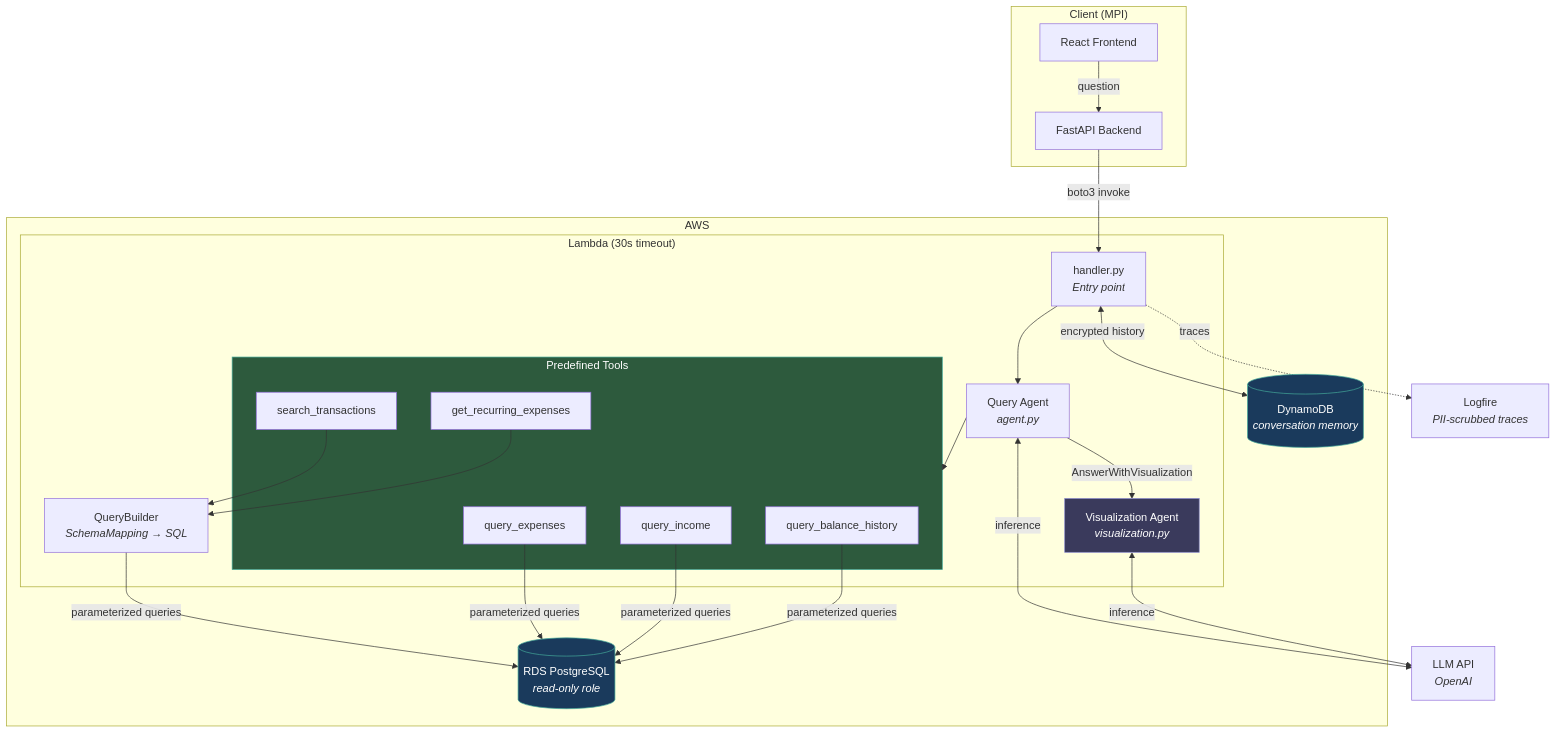
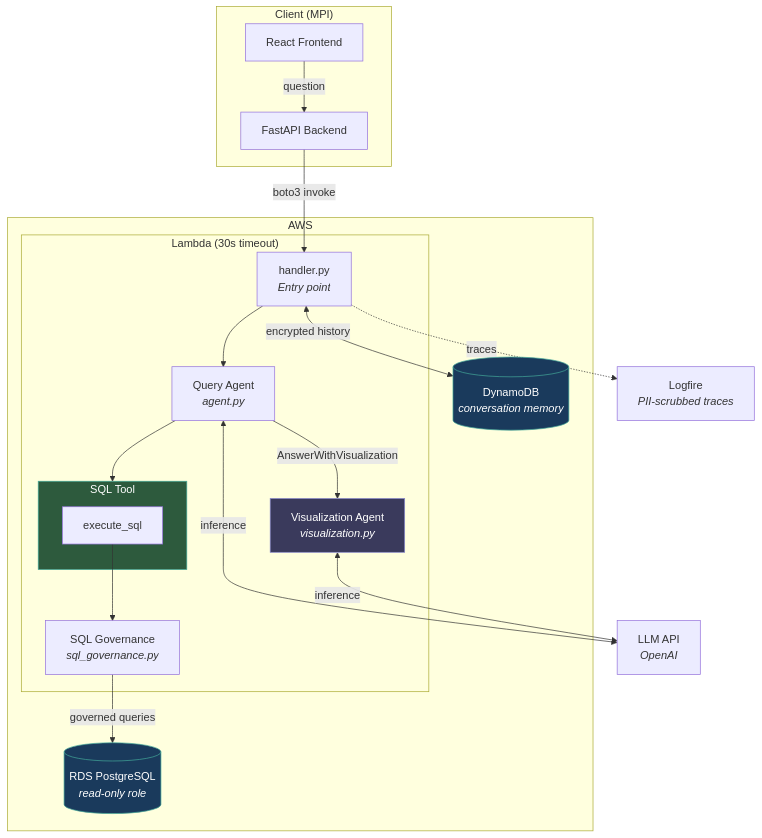
Before and after one commit to maxibove13/finance-query-agent: the third of 7 diagrams in README.md, drawn with Mermaid. The commit also changed other lines of this file and 1 other file, not shown here.

First line of the commit message:
docs: update README and spec for text-to-SQL architecture [MPI-209]

````diff
--- a/README.md
+++ b/README.md
@@ -82,54 +69,46 @@
 ```mermaid
 graph TB
     subgraph Client["Client (MPI)"]
         FE[React Frontend]
         BE[FastAPI Backend]
     end
 
     FE -->|question| BE
     BE -->|boto3 invoke| HANDLER
 
     subgraph AWS["AWS"]
         subgraph Lambda["Lambda (30s timeout)"]
             HANDLER[handler.py<br/><i>Entry point</i>]
             HANDLER --> AGENT
             AGENT[Query Agent<br/><i>agent.py</i>]
             AGENT --> TOOLS
 
-            subgraph TOOLS["Predefined Tools"]
-                T1[query_expenses]
-                T2[query_income]
-                T3[query_balance_history]
-                T4[search_transactions]
-                T5[get_recurring_expenses]
+            subgraph TOOLS["SQL Tool"]
+                T1[execute_sql]
             end
 
-            QB[QueryBuilder<br/><i>SchemaMapping → SQL</i>]
-            T4 --> QB
-            T5 --> QB
+            GOV[SQL Governance<br/><i>sql_governance.py</i>]
+            T1 --> GOV
 
             AGENT -->|AnswerWithVisualization| VIZ
             VIZ[Visualization Agent<br/><i>visualization.py</i>]
         end
 
         RDS[(RDS PostgreSQL<br/><i>read-only role</i>)]
         DDB[(DynamoDB<br/><i>conversation memory</i>)]
     end
 
     LLM_API[LLM API<br/><i>OpenAI</i>]
     LOGFIRE[Logfire<br/><i>PII-scrubbed traces</i>]
 
-    QB -->|parameterized queries| RDS
-    T1 -->|parameterized queries| RDS
-    T2 -->|parameterized queries| RDS
-    T3 -->|parameterized queries| RDS
+    GOV -->|governed queries| RDS
     HANDLER <-->|encrypted history| DDB
     AGENT <-->|inference| LLM_API
     VIZ <-->|inference| LLM_API
     HANDLER -.->|traces| LOGFIRE
 
     style TOOLS fill:#2d5a3d,stroke:#4a9,color:#fff
     style VIZ fill:#3a3a5c,stroke:#88c,color:#fff
     style RDS fill:#1a3a5c,stroke:#4a9,color:#fff
     style DDB fill:#1a3a5c,stroke:#4a9,color:#fff
 ```
````
